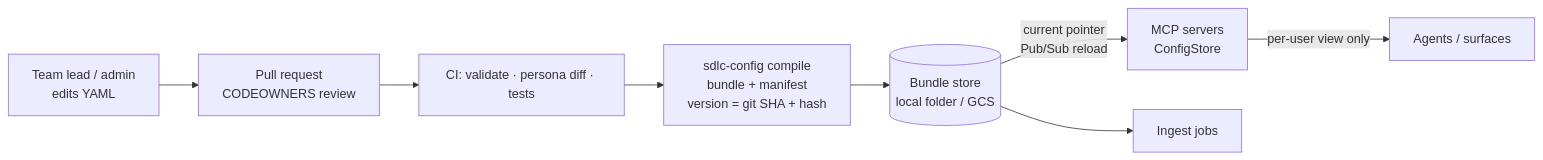
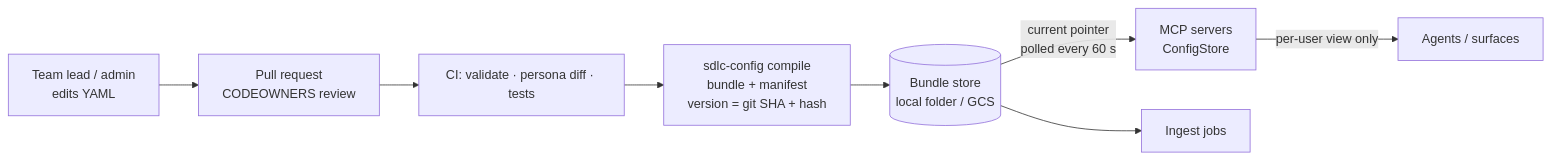
One commit to shaheenks/agentic-sdlc-core changed the seventh of 7 diagrams in docs/ARCHITECTURE.md. Above: the diagram before and after it, drawn with Mermaid. The commit also changed other lines of this file and 19 other files, not shown here.

````diff
--- a/docs/ARCHITECTURE.md
+++ b/docs/ARCHITECTURE.md
@@ -314,10 +381,10 @@
 ```mermaid
 flowchart LR
     DEV[Team lead / admin<br/>edits YAML] --> PR[Pull request<br/>CODEOWNERS review]
     PR --> CI[CI: validate · persona diff · tests]
     CI --> BUILD[sdlc-config compile<br/>bundle + manifest<br/>version = git SHA + hash]
     BUILD --> STORE[(Bundle store<br/>local folder / GCS)]
-    STORE -- "current pointer<br/>Pub/Sub reload" --> MCP[MCP servers<br/>ConfigStore]
+    STORE -- "current pointer<br/>polled every 60 s" --> MCP[MCP servers<br/>ConfigStore]
     STORE --> ING[Ingest jobs]
     MCP -- "per-user view only" --> AG[Agents / surfaces]
 ```
````
